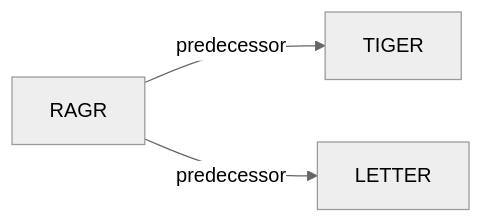
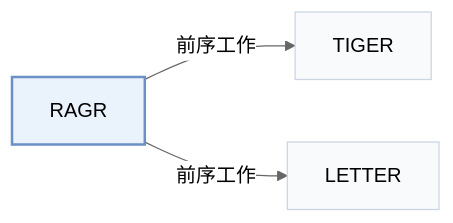
Before and after one commit to Galaxy-ghost/Awesome-SID-Generative-Rec: the second of 2 diagrams in pages/zh/papers/ragr.md, drawn with Mermaid (neutral theme). The commit also changed other lines of this file and 649 other files, not shown here.

Commit message:
writer-05: also tags and modality index (schema, check, build, visuals); summary field removed; calibration data for 12 papers

````diff
--- a/pages/zh/papers/ragr.md
+++ b/pages/zh/papers/ragr.md
@@ -68,6 +74,10 @@
 ```mermaid
 flowchart LR
     P["RAGR"]
-    P -->|predecessor| A["TIGER"]
-    P -->|predecessor| B["LETTER"]
+    P -->|"前序工作"| A["TIGER"]
+    P -->|"前序工作"| B["LETTER"]
+    classDef main fill:#eaf2fb,stroke:#6b8fc7,stroke-width:2px
+    classDef peer fill:#f8fafc,stroke:#cbd5e1
+    class P main
+    class A,B peer
 ```
````
